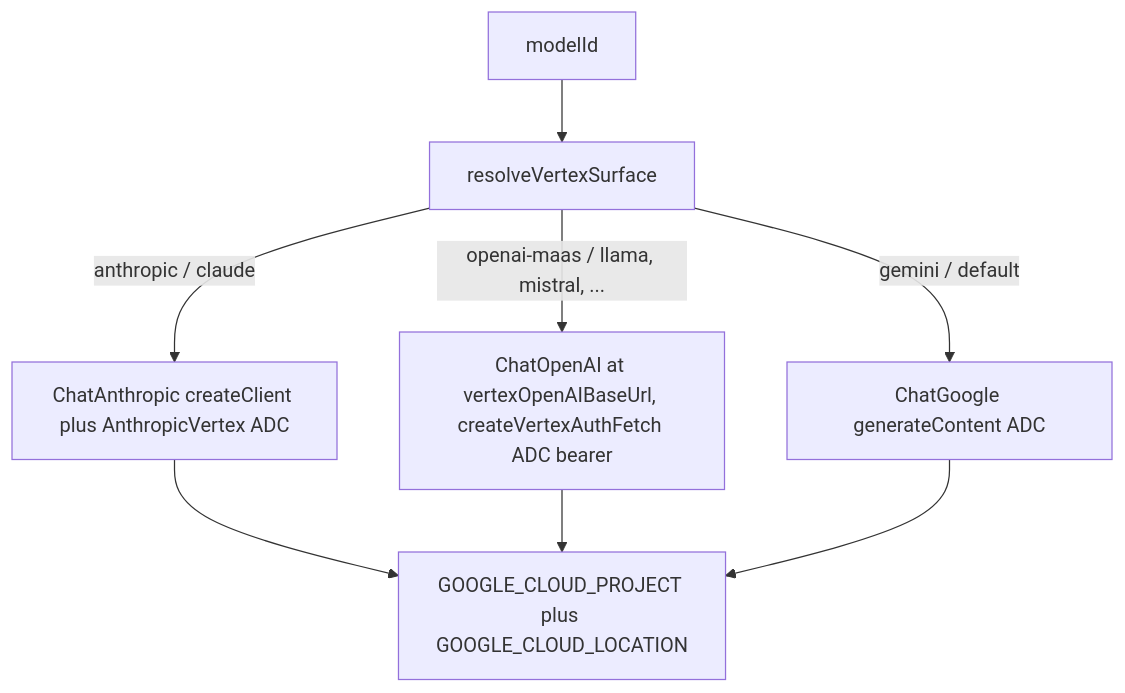
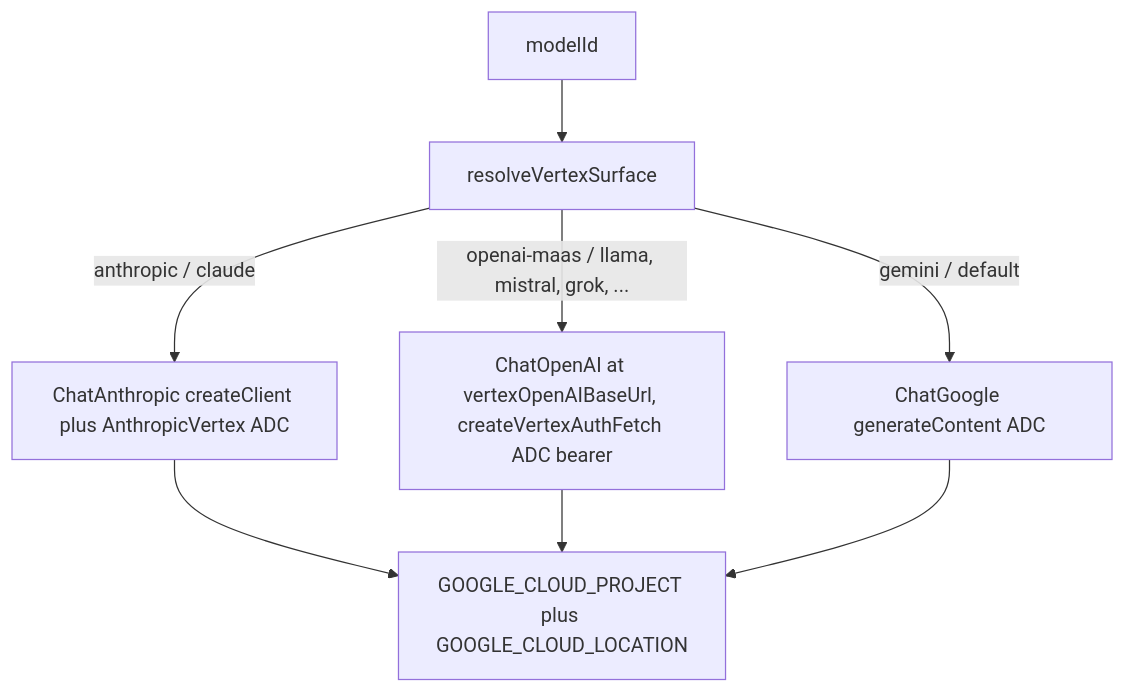
Before and after one commit to langchain-ai/openwiki: the second of 2 diagrams in openwiki/concepts/model-providers.md, drawn with Mermaid. The commit also changed other lines of this file and 30 other files, not shown here.

````diff
--- a/openwiki/concepts/model-providers.md
+++ b/openwiki/concepts/model-providers.md
@@ -190,10 +224,10 @@
 ```mermaid
 flowchart TD
     Model["modelId"] --> Resolve["resolveVertexSurface"]
     Resolve -->|anthropic / claude| Claude["ChatAnthropic createClient plus AnthropicVertex ADC"]
-    Resolve -->|openai-maas / llama, mistral, ...| MaaS["ChatOpenAI at vertexOpenAIBaseUrl, createVertexAuthFetch ADC bearer"]
+    Resolve -->|openai-maas / llama, mistral, grok, ...| MaaS["ChatOpenAI at vertexOpenAIBaseUrl, createVertexAuthFetch ADC bearer"]
     Resolve -->|gemini / default| Gemini["ChatGoogle generateContent ADC"]
     Claude --> Project["GOOGLE_CLOUD_PROJECT plus GOOGLE_CLOUD_LOCATION"]
     MaaS --> Project
     Gemini --> Project
 ```
````
